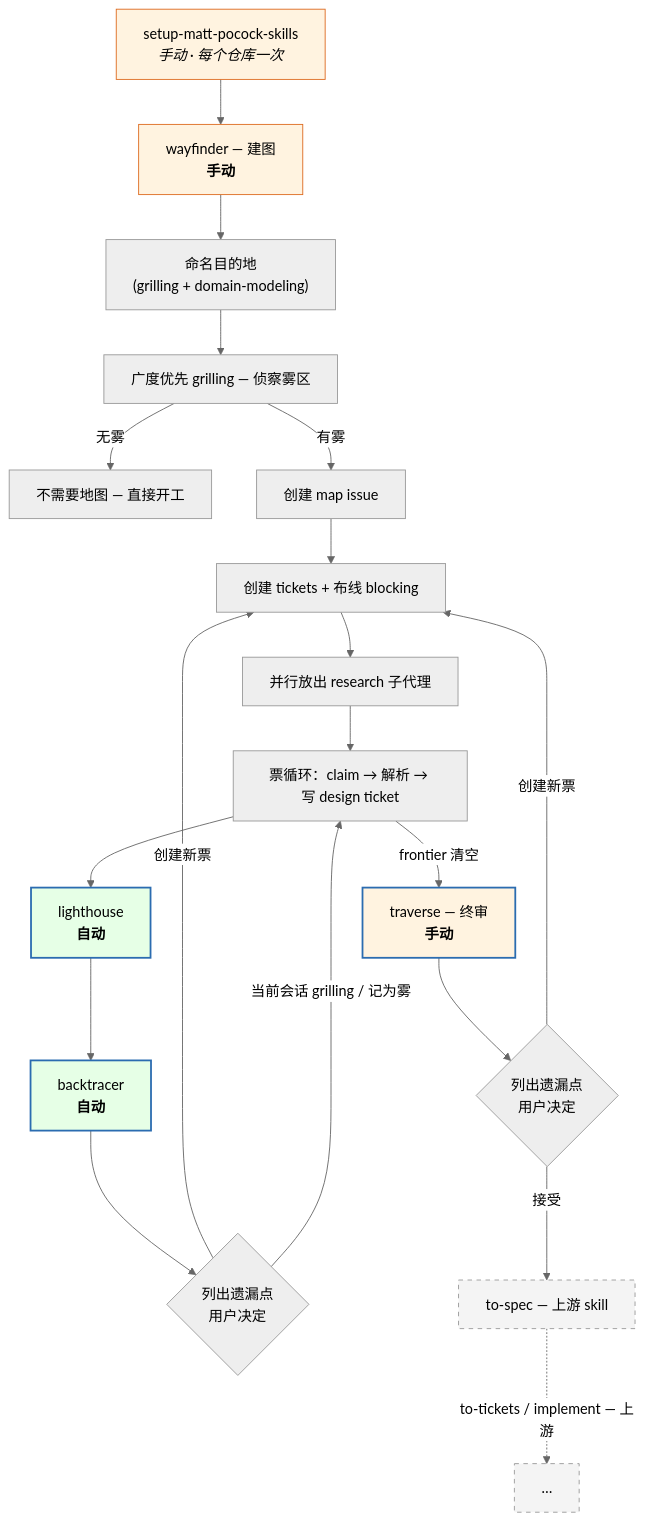
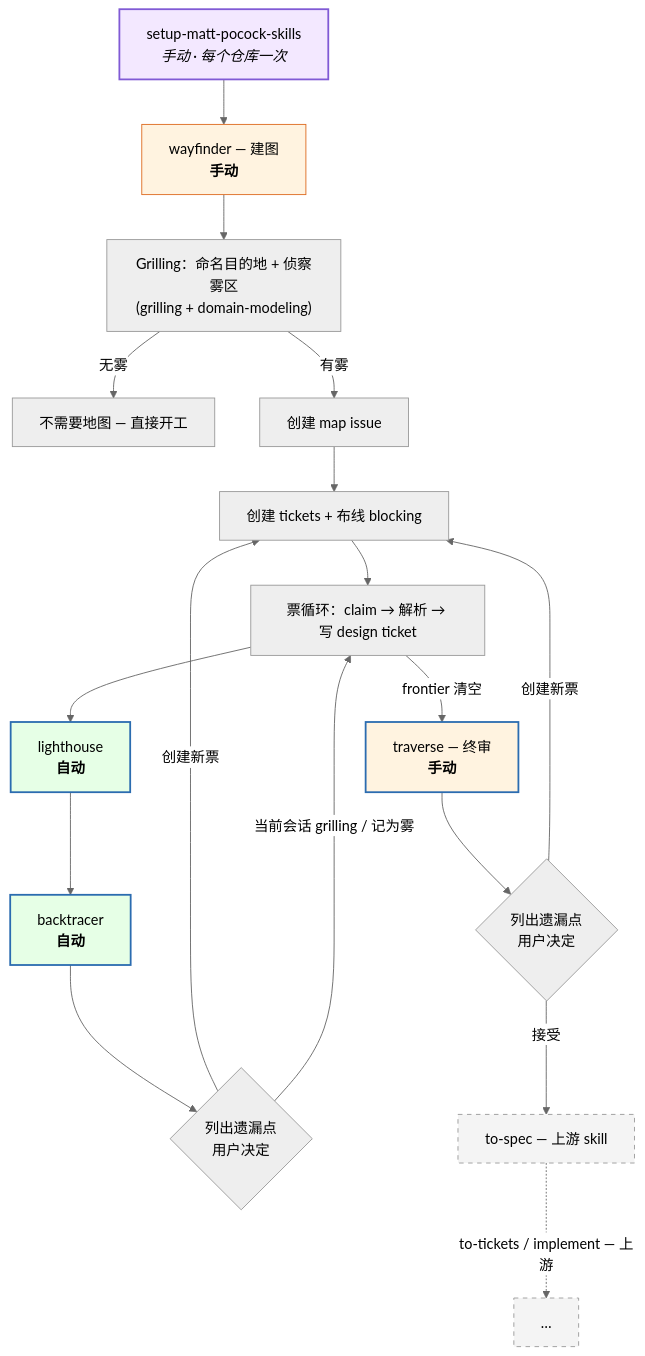
One commit to hugosol/oh-my-wayfinder changed the first of 2 diagrams in README.cn.md. Above: the diagram before and after it, drawn with Mermaid (neutral theme). The commit also changed other lines of this file and 1 other file, not shown here.

````diff
--- a/README.cn.md
+++ b/README.cn.md
@@ -34,29 +46,27 @@
 ```mermaid
 flowchart TD
     S["setup-matt-pocock-skills<br/><i>手动 · 每个仓库一次</i>"] --> W["wayfinder — 建图<br/><b>手动</b>"]
-    W --> D["命名目的地<br/>(grilling + domain-modeling)"]
-    D --> G["广度优先 grilling — 侦察雾区"]
+    W --> G["Grilling：命名目的地 + 侦察雾区<br/>(grilling + domain-modeling)"]
     G -->|"无雾"| N["不需要地图 — 直接开工"]
     G -->|"有雾"| M["创建 map issue"]
     M --> T["创建 tickets + 布线 blocking"]
-    T --> R["并行放出 research 子代理"]
-    R --> L["票循环：claim → 解析 → 写 design ticket"]
+    T --> L["票循环：claim → 解析 → 写 design ticket"]
     L --> LH["lighthouse<br/><b>自动</b>"]
     LH --> BT["backtracer<br/><b>自动</b>"]
     BT --> CG{"列出遗漏点<br/>用户决定"}
     CG -->|"创建新票"| T
     CG -->|"当前会话 grilling / 记为雾"| L
     L -->|"frontier 清空"| TR["traverse — 终审<br/><b>手动</b>"]
     TR --> CG2{"列出遗漏点<br/>用户决定"}
     CG2 -->|"创建新票"| T
     CG2 -->|"接受"| TS["to-spec — 上游 skill"]
     TS -.->|"to-tickets / implement — 上游"| X["…"]
 
     style LH fill:#e6ffe6,stroke:#2b6cb0,stroke-width:2px
     style BT fill:#e6ffe6,stroke:#2b6cb0,stroke-width:2px
     style TR fill:#fff3e0,stroke:#2b6cb0,stroke-width:2px
     style W fill:#fff3e0,stroke:#dd6b20
-    style S fill:#fff3e0,stroke:#dd6b20
+    style S fill:#f3e8ff,stroke:#805ad5,stroke-width:2px
     style TS fill:#f4f4f4,stroke:#999,stroke-dasharray:5 5
     style X fill:#f4f4f4,stroke:#999,stroke-dasharray:5 5
 ```
````
